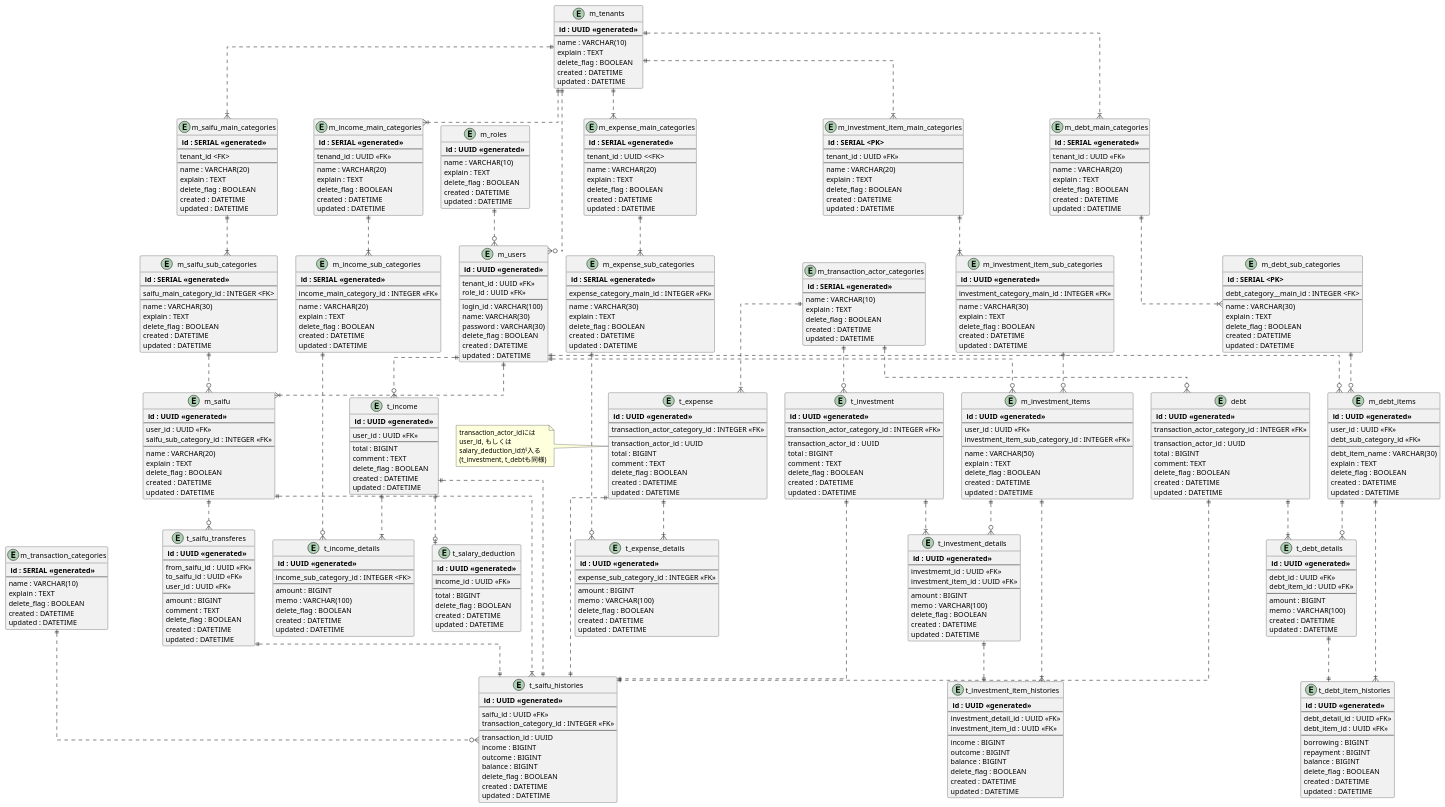
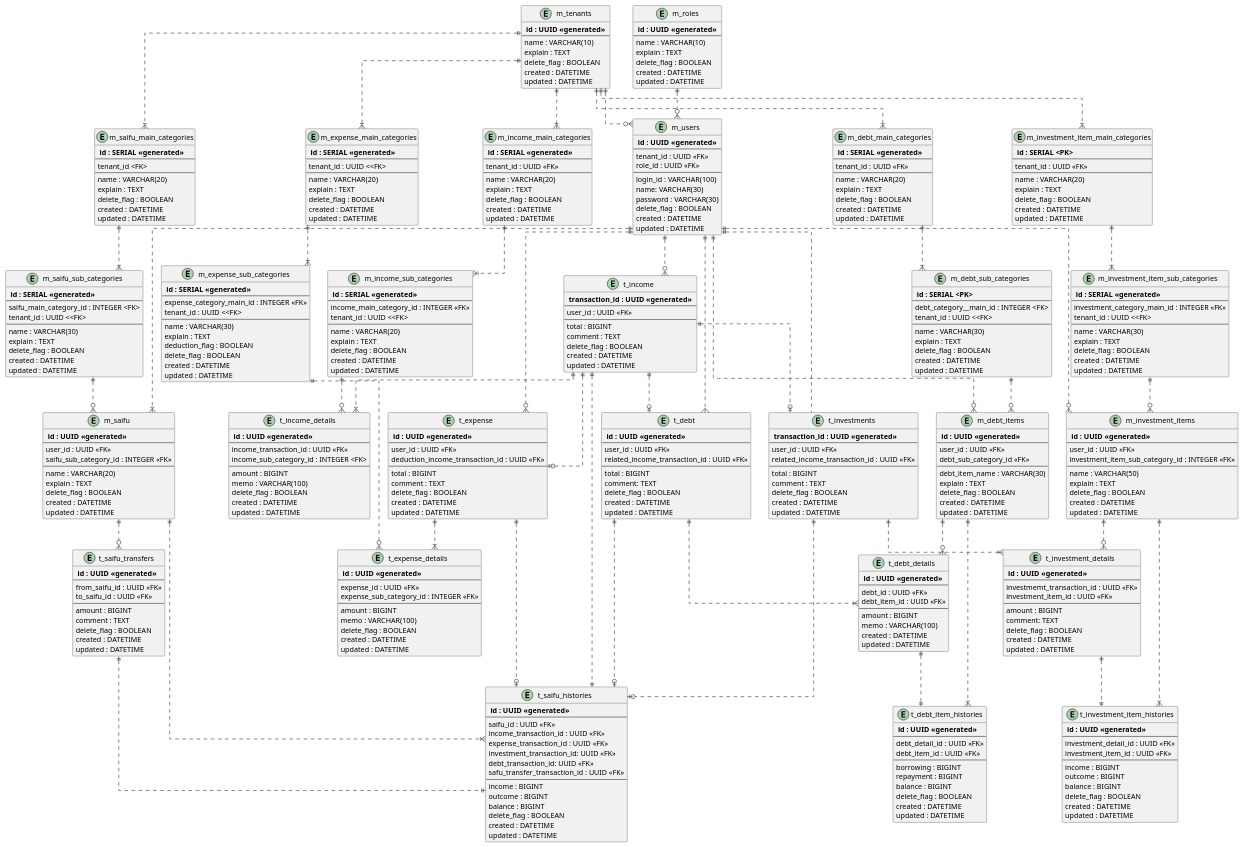
Before and after one commit to JojiKoike/saifu-docs: the diagram in design/ER_Physical.wsd, drawn with PlantUML.

Commit message:
実装内容を反映

```diff
--- a/design/ER_Physical.wsd
+++ b/design/ER_Physical.wsd
@@ -37,19 +37,6 @@
   updated : DATETIME
 }
 
-entity "m_saifu" as saifu {
-  ** id : UUID <<generated>> **
-  --
-  user_id : UUID <<FK>>
-  saifu_sub_category_id : INTEGER <<FK>>
-  --
-  name : VARCHAR(20)
-  explain : TEXT
-  delete_flag : BOOLEAN
-  created : DATETIME
-  updated : DATETIME
-}
-
 entity "m_saifu_main_categories" as saifuCategoryMain {
   ** id : SERIAL <<generated>> **
   --
@@ -66,6 +53,7 @@
   ** id : SERIAL <<generated>> **
   --
   saifu_main_category_id : INTEGER <FK>
+  tenant_id : UUID <<FK>
   --
   name : VARCHAR(30)
   explain : TEXT
@@ -74,27 +62,24 @@
   updated : DATETIME
 }
 
-entity "t_saifu_histories" as saifuHistory {
+entity "m_saifu" as saifu {
   ** id : UUID <<generated>> **
   --
-  saifu_id : UUID <<FK>>
-  transaction_category_id : INTEGER <<FK>>
+  user_id : UUID <<FK>>
+  saifu_sub_category_id : INTEGER <<FK>>
   --
-  transaction_id : UUID
-  income : BIGINT
-  outcome : BIGINT
-  balance : BIGINT
+  name : VARCHAR(20)
+  explain : TEXT
   delete_flag : BOOLEAN
   created : DATETIME
   updated : DATETIME
 }
 
-entity "t_saifu_transferes" as saifuTransfer {
+entity "t_saifu_transfers" as saifuTransfer {
   ** id : UUID <<generated>> **
   --
   from_saifu_id : UUID <<FK>>
   to_saifu_id : UUID <<FK>>
-  user_id : UUID <<FK>>
   --
   amount : BIGINT
   comment : TEXT
@@ -103,10 +88,25 @@
   updated : DATETIME
 }
 
-entity "m_transaction_categories" as transactionCategory {
+entity "m_income_main_categories" as incomeCategoryMain {
   ** id : SERIAL <<generated>> **
   --
-  name : VARCHAR(10)
+  tenant_id : UUID <<FK>>
+  --
+  name : VARCHAR(20)
+  explain : TEXT
+  delete_flag : BOOLEAN
+  created : DATETIME
+  updated : DATETIME
+}
+
+entity "m_income_sub_categories" as incomeCategorySub {
+  ** id : SERIAL <<generated>> **
+  --
+  income_main_category_id : INTEGER <<FK>>
+  tenant_id : UUID <<FK>
+  --
+  name : VARCHAR(20)
   explain : TEXT
   delete_flag : BOOLEAN
   created : DATETIME
@@ -114,7 +114,7 @@
 }
 
 entity "t_income" as income {
-  ** id : UUID <<generated>> **
+  ** transaction_id : UUID <<generated>> **
   --
   user_id : UUID <<FK>>
   --
@@ -128,77 +128,8 @@
 entity "t_income_details" as incomeDetail {
   ** id : UUID <<generated>> **
   --
+  income_transaction_id : UUID <<FK>>
   income_sub_category_id : INTEGER <FK>
-  --
-  amount : BIGINT
-  memo : VARCHAR(100)
-  delete_flag : BOOLEAN
-  created : DATETIME
-  updated : DATETIME
-}
-
-entity "m_income_main_categories" as incomeCategoryMain {
-  ** id : SERIAL <<generated>> **
-  --
-  tenand_id : UUID <<FK>>
-  --
-  name : VARCHAR(20)
-  explain : TEXT
-  delete_flag : BOOLEAN
-  created : DATETIME
-  updated : DATETIME
-}
-
-entity "m_income_sub_categories" as incomeCategorySub {
-  ** id : SERIAL <<generated>> **
-  --
-  income_main_category_id : INTEGER <<FK>>
-  --
-  name : VARCHAR(20)
-  explain : TEXT
-  delete_flag : BOOLEAN
-  created : DATETIME
-  updated : DATETIME
-}
-
-entity "t_salary_deduction" as salaryDeduction {
-  ** id : UUID <<generated>> **
-  --
-  income_id : UUID <<FK>>
-  --
-  total : BIGINT
-  delete_flag : BOOLEAN
-  created : DATETIME
-  updated : DATETIME
-}
-
-entity "m_transaction_actor_categories" as transactionActorCategory {
-  ** id : SERIAL <<generated>> **
-  --
-  name : VARCHAR(10)
-  explain : TEXT
-  delete_flag : BOOLEAN
-  created : DATETIME
-  updated : DATETIME
-}
-
-entity "t_expense" as expense {
-  ** id : UUID <<generated>> **
-  --
-  transaction_actor_category_id : INTEGER <<FK>>
-  --
-  transaction_actor_id : UUID
-  total : BIGINT
-  comment : TEXT
-  delete_flag : BOOLEAN
-  created : DATETIME
-  updated : DATETIME
-}
-
-entity "t_expense_details" as expenseDetail {
-  ** id : UUID <<generated>> **
-  --
-  expense_sub_category_id : INTEGER <<FK>>
   --
   amount : BIGINT
   memo : VARCHAR(100)
@@ -223,20 +154,22 @@
   ** id : SERIAL <<generated>> **
   --
   expense_category_main_id : INTEGER <<FK>>
+  tenant_id : UUID <<FK>
   --
   name : VARCHAR(30)
   explain : TEXT
+  deduction_flag : BOOLEAN
   delete_flag : BOOLEAN
   created : DATETIME
   updated : DATETIME
 }
 
-entity "t_investment" as investment {
+entity "t_expense" as expense {
   ** id : UUID <<generated>> **
   --
-  transaction_actor_category_id : INTEGER <<FK>>
+  user_id : UUID <<FK>>
+  deduction_income_transaction_id : UUID <<FK>>
   --
-  transaction_actor_id : UUID
   total : BIGINT
   comment : TEXT
   delete_flag : BOOLEAN
@@ -244,14 +177,39 @@
   updated : DATETIME
 }
 
-entity "t_investment_details" as investmentDetail {
+entity "t_expense_details" as expenseDetail {
   ** id : UUID <<generated>> **
   --
-  investmemt_id : UUID <<FK>>
-  investment_item_id : UUID <<FK>>
+  expense_id : UUID <<FK>>
+  expense_sub_category_id : INTEGER <<FK>>
   --
   amount : BIGINT
   memo : VARCHAR(100)
+  delete_flag : BOOLEAN
+  created : DATETIME
+  updated : DATETIME
+}
+
+entity "m_investment_item_main_categories" as investmentItemCategoryMain {
+  ** id : SERIAL <PK> **
+  --
+  tenant_id : UUID <<FK>>
+  --
+  name : VARCHAR(20)
+  explain : TEXT
+  delete_flag : BOOLEAN
+  created : DATETIME
+  updated : DATETIME
+}
+
+entity "m_investment_item_sub_categories" as investmentItemCategorySub {
+  ** id : SERIAL <<generated>> **
+  --
+  investment_category_main_id : INTEGER <<FK>>
+  tenant_id : UUID <<FK>
+  --
+  name : VARCHAR(30)
+  explain : TEXT
   delete_flag : BOOLEAN
   created : DATETIME
   updated : DATETIME
@@ -270,6 +228,32 @@
   updated : DATETIME
 }
 
+entity "t_investments" as investment {
+  ** transaction_id : UUID <<generated>> **
+  --
+  user_id : UUID <<FK>>
+  related_income_transaction_id : UUID <<FK>>
+  --
+  total : BIGINT
+  comment : TEXT
+  delete_flag : BOOLEAN
+  created : DATETIME
+  updated : DATETIME
+}
+
+entity "t_investment_details" as investmentDetail {
+  ** id : UUID <<generated>> **
+  --
+  investmemt_transaction_id : UUID <<FK>>
+  investment_item_id : UUID <<FK>>
+  --
+  amount : BIGINT
+  comment: TEXT
+  delete_flag : BOOLEAN
+  created : DATETIME
+  updated : DATETIME
+}
+
 entity "t_investment_item_histories" as investmentItemHistory {
   ** id : UUID <<generated>> **
   --
@@ -278,82 +262,6 @@
   --
   income : BIGINT
   outcome : BIGINT
-  balance : BIGINT
-  delete_flag : BOOLEAN
-  created : DATETIME
-  updated : DATETIME
-}
-
-entity "m_investment_item_main_categories" as investmentItemCategoryMain {
-  ** id : SERIAL <PK> **
-  --
-  tenant_id : UUID <<FK>>
-  --
-  name : VARCHAR(20)
-  explain : TEXT
-  delete_flag : BOOLEAN
-  created : DATETIME
-  updated : DATETIME
-}
-
-entity "m_investment_item_sub_categories" as investmentItemCategorySub {
-  ** id : UUID <<generated>> **
-  --
-  investment_category_main_id : INTEGER <<FK>>
-  --
-  name : VARCHAR(30)
-  explain : TEXT
-  delete_flag : BOOLEAN
-  created : DATETIME
-  updated : DATETIME
-}
-
-entity "debt" as debt {
-  ** id : UUID <<generated>> **
-  --
-  transaction_actor_category_id : INTEGER <<FK>>
-  --
-  transaction_actor_id : UUID
-  total : BIGINT
-  comment: TEXT
-  delete_flag : BOOLEAN
-  created : DATETIME
-  updated : DATETIME
-}
-
-entity "t_debt_details" as debtDetail {
-  ** id : UUID <<generated>> **
-  --
-  debt_id : UUID <<FK>>
-  debt_item_id : UUID <<FK>>
-  --
-  amount : BIGINT
-  memo : VARCHAR(100)
-  created : DATETIME
-  updated : DATETIME
-}
-
-entity "m_debt_items" as debtItem {
-  ** id : UUID <<generated>> **
-  --
-  user_id : UUID <<FK>>
-  debt_sub_category_id <<FK>>
-  --
-  debt_item_name : VARCHAR(30)
-  explain : TEXT
-  delete_flag : BOOLEAN
-  created : DATETIME
-  updated : DATETIME
-}
-
-entity "t_debt_item_histories" as debtItemHistory {
-  ** id : UUID <<generated>> **
-  --
-  debt_detail_id : UUID <<FK>>
-  debt_item_id : UUID <<FK>>
-  --
-  borrowing : BIGINT
-  repayment : BIGINT
   balance : BIGINT
   delete_flag : BOOLEAN
   created : DATETIME
@@ -376,9 +284,80 @@
   ** id : SERIAL <PK> **
   --
   debt_category__main_id : INTEGER <FK>
+  tenant_id : UUID <<FK>
   --
   name : VARCHAR(30)
   explain : TEXT
+  delete_flag : BOOLEAN
+  created : DATETIME
+  updated : DATETIME
+}
+
+entity "m_debt_items" as debtItem {
+  ** id : UUID <<generated>> **
+  --
+  user_id : UUID <<FK>>
+  debt_sub_category_id <<FK>>
+  --
+  debt_item_name : VARCHAR(30)
+  explain : TEXT
+  delete_flag : BOOLEAN
+  created : DATETIME
+  updated : DATETIME
+}
+
+entity "t_debt" as debt {
+  ** id : UUID <<generated>> **
+  --
+  user_id : UUID <<FK>>
+  related_income_transaction_id : UUID <<FK>>
+  --
+  total : BIGINT
+  comment: TEXT
+  delete_flag : BOOLEAN
+  created : DATETIME
+  updated : DATETIME
+}
+
+entity "t_debt_details" as debtDetail {
+  ** id : UUID <<generated>> **
+  --
+  debt_id : UUID <<FK>>
+  debt_item_id : UUID <<FK>>
+  --
+  amount : BIGINT
+  memo : VARCHAR(100)
+  created : DATETIME
+  updated : DATETIME
+}
+
+entity "t_debt_item_histories" as debtItemHistory {
+  ** id : UUID <<generated>> **
+  --
+  debt_detail_id : UUID <<FK>>
+  debt_item_id : UUID <<FK>>
+  --
+  borrowing : BIGINT
+  repayment : BIGINT
+  balance : BIGINT
+  delete_flag : BOOLEAN
+  created : DATETIME
+  updated : DATETIME
+}
+
+entity "t_saifu_histories" as saifuHistory {
+  ** id : UUID <<generated>> **
+  --
+  saifu_id : UUID <<FK>>
+  income_transaction_id : UUID <<FK>>
+  expense_transaction_id : UUID <<FK>>
+  investment_transaction_id: UUID <<FK>>
+  debt_transaction_id: UUID <<FK>>
+  safu_transfer_transaction_id : UUID <<FK>>
+  --
+  income : BIGINT
+  outcome : BIGINT
+  balance : BIGINT
   delete_flag : BOOLEAN
   created : DATETIME
   updated : DATETIME
@@ -396,7 +375,6 @@
 tenant ||..|{saifuCategoryMain
 saifuCategoryMain ||..|{saifuCategorySub
 saifuCategorySub ||..o{saifu
-transactionCategory ||..o{saifuHistory
 saifu ||..o{saifuTransfer
 saifuTransfer ||..|| saifuHistory
 
@@ -407,23 +385,25 @@
 user ||..o{income
 income ||..|{incomeDetail
 income ||..||saifuHistory
-income ||..o|salaryDeduction
+income ||..o|investment
+income ||..o|expense
+income ||..o|debt
 
 ' Expense
 tenant ||..|{expenseCategoryMain
 expenseCategoryMain ||..|{expenseCategorySub
 expenseCategorySub ||..o{expenseDetail
-transactionActorCategory ||..|{expense
+user ||..o{expense
 expense ||..|{expenseDetail
-expense ||..||saifuHistory
+expense ||..o|saifuHistory
 
 ' Investment
 tenant ||..|{investmentItemCategoryMain
 investmentItemCategoryMain ||..|{investmentItemCategorySub
 investmentItemCategorySub ||..o{investmentItem
-transactionActorCategory ||..o{investment
+user ||..O{investment
 investment ||..|{investmentDetail
-investment ||..||saifuHistory
+investment ||..o|saifuHistory
 investmentDetail ||..||investmentItemHistory
 investmentItem ||..|{investmentItemHistory
 investmentItem ||..o{investmentDetail
@@ -433,20 +413,12 @@
 tenant ||..|{debtCategoryMain
 debtCategoryMain ||..|{debtCategorySub
 debtCategorySub ||..o{debtItem
-transactionActorCategory ||..o{debt
+user ||..{debt
 debt ||..|{debtDetail
-debt ||..||saifuHistory
+debt ||..o|saifuHistory
 debtDetail ||..||debtItemHistory
 debtItem ||..o{debtDetail
 debtItem ||..|{debtItemHistory
 user ||..o{debtItem
 
-' Note
-note left of expense
-transaction_actor_idには
-user_id, もしくは
-salary_deduction_idが入る
-(t_investment, t_debtも同様)
-end note
-
 @enduml
```
